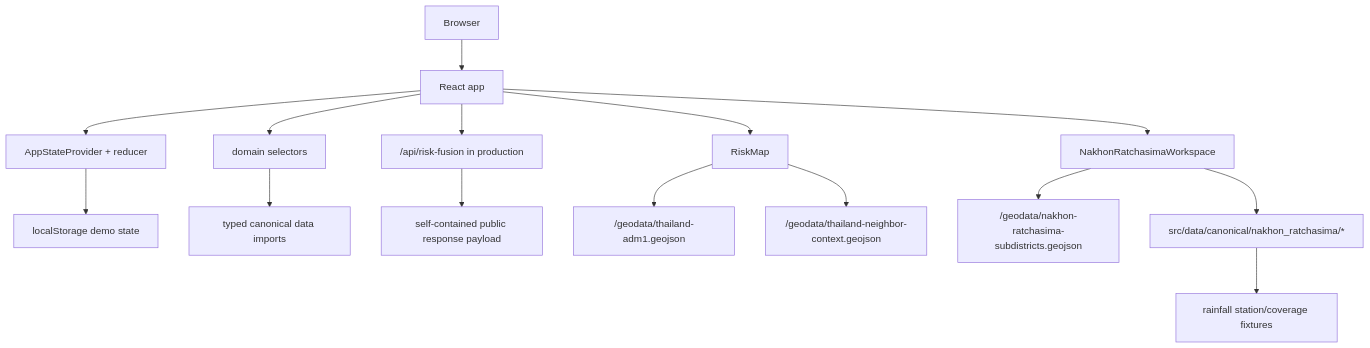
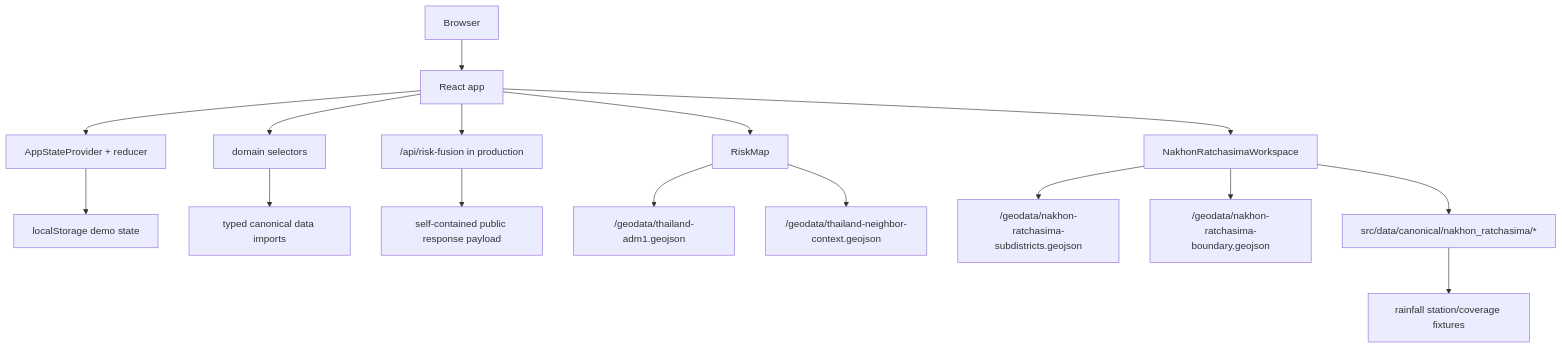
One commit to purichw/korattanphai changed the diagram in docs/ARCHITECTURE.md. Above: the diagram before and after it, drawn with Mermaid. The commit also changed other lines of this file and 15 other files, not shown here.

Commit message:
Fix Nakhon Ratchasima map zoom and boundary

````diff
--- a/docs/ARCHITECTURE.md
+++ b/docs/ARCHITECTURE.md
@@ -33,17 +36,18 @@
 ```mermaid
 flowchart TD
   Browser["Browser"] --> App["React app"]
   App --> Store["AppStateProvider + reducer"]
   Store --> Local["localStorage demo state"]
   App --> Domain["domain selectors"]
   App --> FusionApi["/api/risk-fusion in production"]
   Domain --> Catalog["typed canonical data imports"]
   FusionApi --> FusionPayload["self-contained public response payload"]
   App --> Map["RiskMap"]
   Map --> Geo["/geodata/thailand-adm1.geojson"]
   Map --> NeighborGeo["/geodata/thailand-neighbor-context.geojson"]
   App --> NR["NakhonRatchasimaWorkspace"]
   NR --> NRGeo["/geodata/nakhon-ratchasima-subdistricts.geojson"]
+  NR --> NRBoundary["/geodata/nakhon-ratchasima-boundary.geojson"]
   NR --> NRData["src/data/canonical/nakhon_ratchasima/*"]
   NRData --> Rain["rainfall station/coverage fixtures"]
 ```
````
